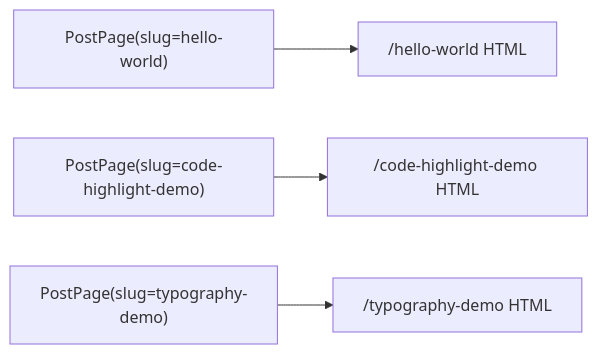
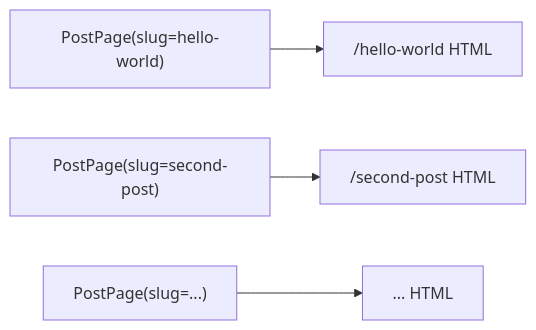
The fourth of 13 diagrams in docs/architecture.md (jeongho3786/myblog), drawn with Mermaid before and after one commit. The commit also changed other lines of this file and 11 other files, not shown here.

````diff
--- a/docs/architecture.md
+++ b/docs/architecture.md
@@ -57,6 +57,6 @@
 ```mermaid
 flowchart LR
     P1["PostPage(slug=hello-world)"] --> R1["/hello-world HTML"]
-    P2["PostPage(slug=code-highlight-demo)"] --> R2["/code-highlight-demo HTML"]
-    P3["PostPage(slug=typography-demo)"] --> R3["/typography-demo HTML"]
+    P2["PostPage(slug=second-post)"] --> R2["/second-post HTML"]
+    P3["PostPage(slug=...)"] --> R3["... HTML"]
 ```
````
